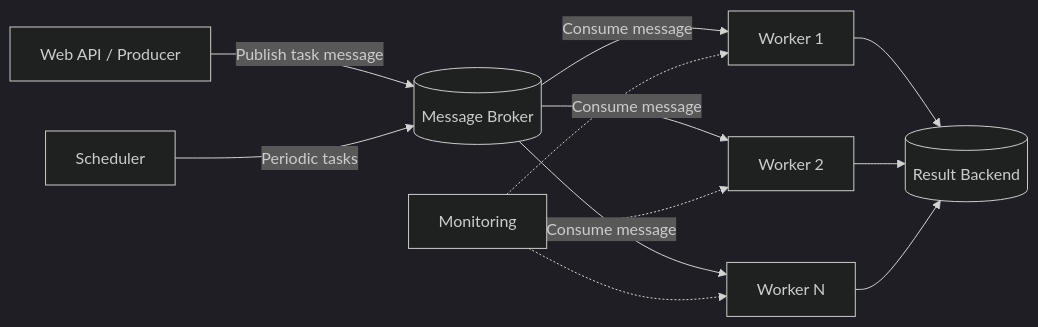
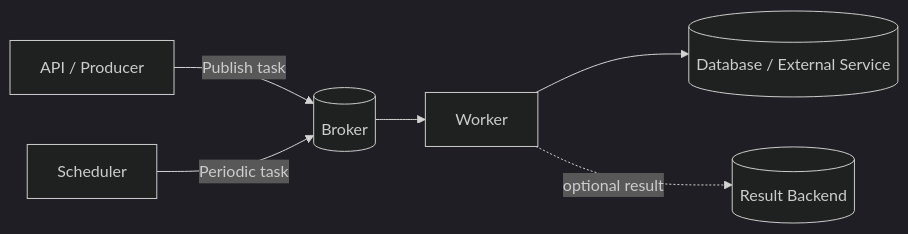
One commit to AvadhBhalodiya/Interview-Preparation changed the first of 8 diagrams in src/content/task-processing/celery-vs-taskiq.md. Above: the diagram before and after it, drawn with Mermaid (dark theme). The commit also changed other lines of this file and 80 other files, not shown here.

````diff
--- a/src/content/task-processing/celery-vs-taskiq.md
+++ b/src/content/task-processing/celery-vs-taskiq.md
@@ -24,16 +23,8 @@
 ```mermaid
 flowchart LR
-    A[Web API / Producer] -->|Publish task message| B[(Message Broker)]
-    B -->|Consume message| C[Worker 1]
-    B -->|Consume message| D[Worker 2]
-    B -->|Consume message| E[Worker N]
-
-    C --> F[(Result Backend)]
-    D --> F
-    E --> F
-
-    G[Scheduler] -->|Periodic tasks| B
-    H[Monitoring] -.-> C
-    H -.-> D
-    H -.-> E
+    A[API / Producer] -->|Publish task| B[(Broker)]
+    B --> C[Worker]
+    C --> D[(Database / External Service)]
+    C -. optional result .-> E[(Result Backend)]
+    F[Scheduler] -->|Periodic task| B
 ```
````
